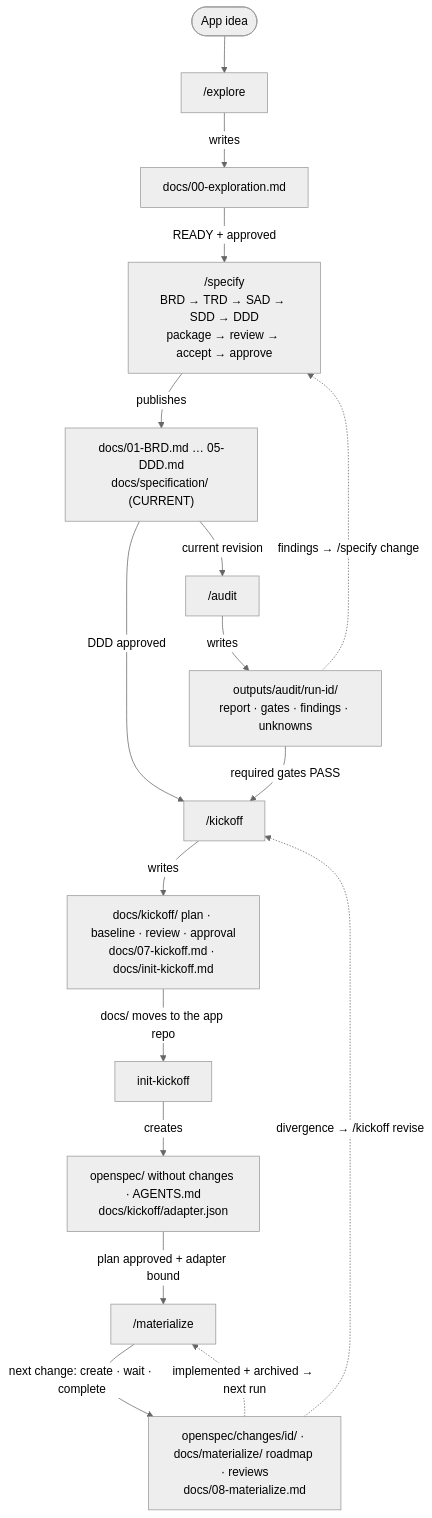
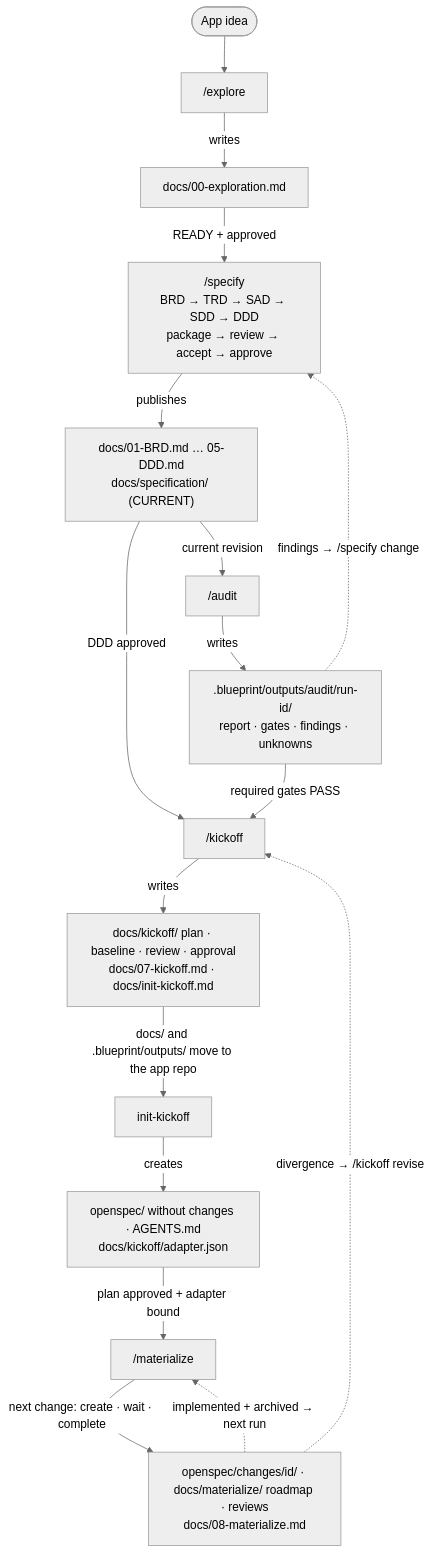
The diagram in README.md (oastashev/claude-code-skills), drawn with Mermaid (neutral theme) before and after one commit. The commit also changed other lines of this file and 12 other files, not shown here.

First line of the commit message:
Move working folder docs/.audit to .blueprint at project root

````diff
--- a/README.md
+++ b/README.md
@@ -30,19 +30,19 @@
 ```mermaid
 flowchart TB
   idea([App idea]) --> explore["/explore"]
   explore -->|writes| X["docs/00-exploration.md"]
   X -->|"READY + approved"| specify["/specify<br/>BRD → TRD → SAD → SDD → DDD<br/>package → review → accept → approve"]
   specify -->|publishes| S["docs/01-BRD.md … 05-DDD.md<br/>docs/specification/ (CURRENT)"]
   S -->|current revision| audit["/audit"]
-  audit -->|writes| R["outputs/audit/run-id/<br/>report · gates · findings · unknowns"]
+  audit -->|writes| R[".blueprint/outputs/audit/run-id/<br/>report · gates · findings · unknowns"]
   R -.->|"findings → /specify change"| specify
   S -->|"DDD approved"| kickoff["/kickoff"]
   R -->|"required gates PASS"| kickoff
   kickoff -->|writes| K["docs/kickoff/ plan · baseline · review · approval<br/>docs/07-kickoff.md · docs/init-kickoff.md"]
-  K -->|"docs/ moves to the app repo"| init["init-kickoff"]
+  K -->|"docs/ and .blueprint/outputs/ move to the app repo"| init["init-kickoff"]
   init -->|creates| O["openspec/ without changes · AGENTS.md<br/>docs/kickoff/adapter.json"]
   O -->|"plan approved + adapter bound"| materialize["/materialize"]
   materialize -->|"next change: create · wait · complete"| C["openspec/changes/id/ · docs/materialize/ roadmap · reviews<br/>docs/08-materialize.md"]
   C -.->|"implemented + archived → next run"| materialize
   C -.->|"divergence → /kickoff revise"| kickoff
 ```
````
